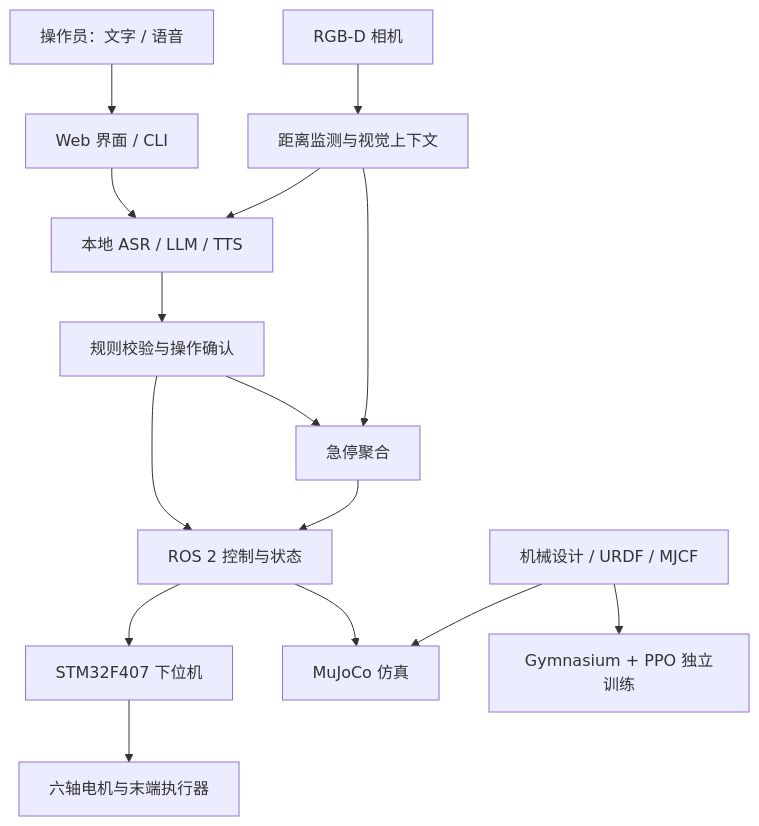
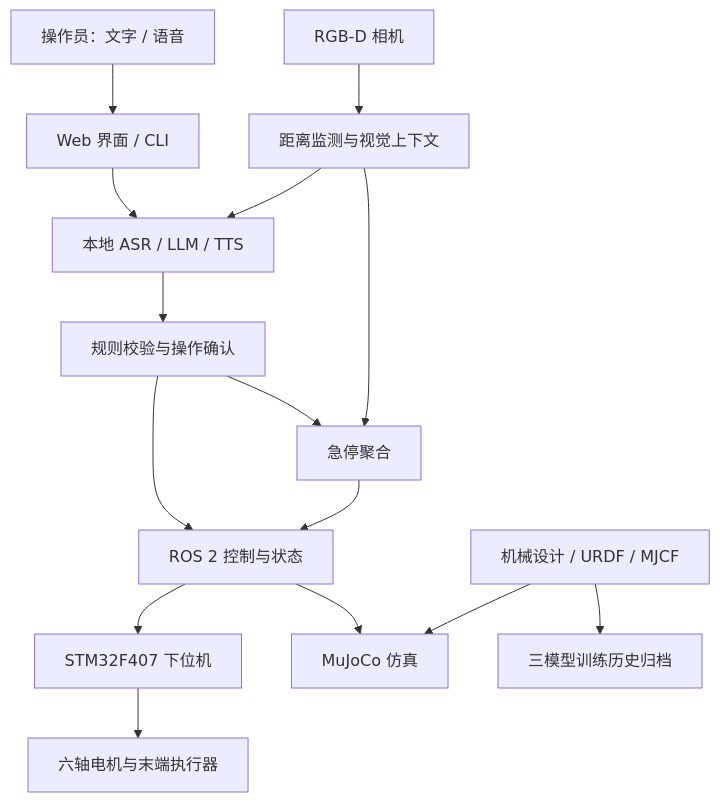
The diagram in README.md (luolisen/twist001), drawn with Mermaid before and after one commit. The commit also changed other lines of this file and 125 other files, not shown here.

````diff
--- a/README.md
+++ b/README.md
@@ -28,17 +28,17 @@
 ```mermaid
 flowchart TD
     User[操作员：文字 / 语音] --> UI[Web 界面 / CLI]
     UI --> AI[本地 ASR / LLM / TTS]
     AI --> Rules[规则校验与操作确认]
     Rules --> ROS[ROS 2 控制与状态]
     Camera[RGB-D 相机] --> Vision[距离监测与视觉上下文]
     Vision --> AI
     Vision --> Stop[急停聚合]
     Rules --> Stop
     Stop --> ROS
     ROS --> MCU[STM32F407 下位机]
     MCU --> Motor[六轴电机与末端执行器]
     ROS --> Sim[MuJoCo 仿真]
     CAD[机械设计 / URDF / MJCF] --> Sim
-    CAD --> RL[Gymnasium + PPO 独立训练]
+    CAD --> RL[三模型训练历史归档]
 ```
````
